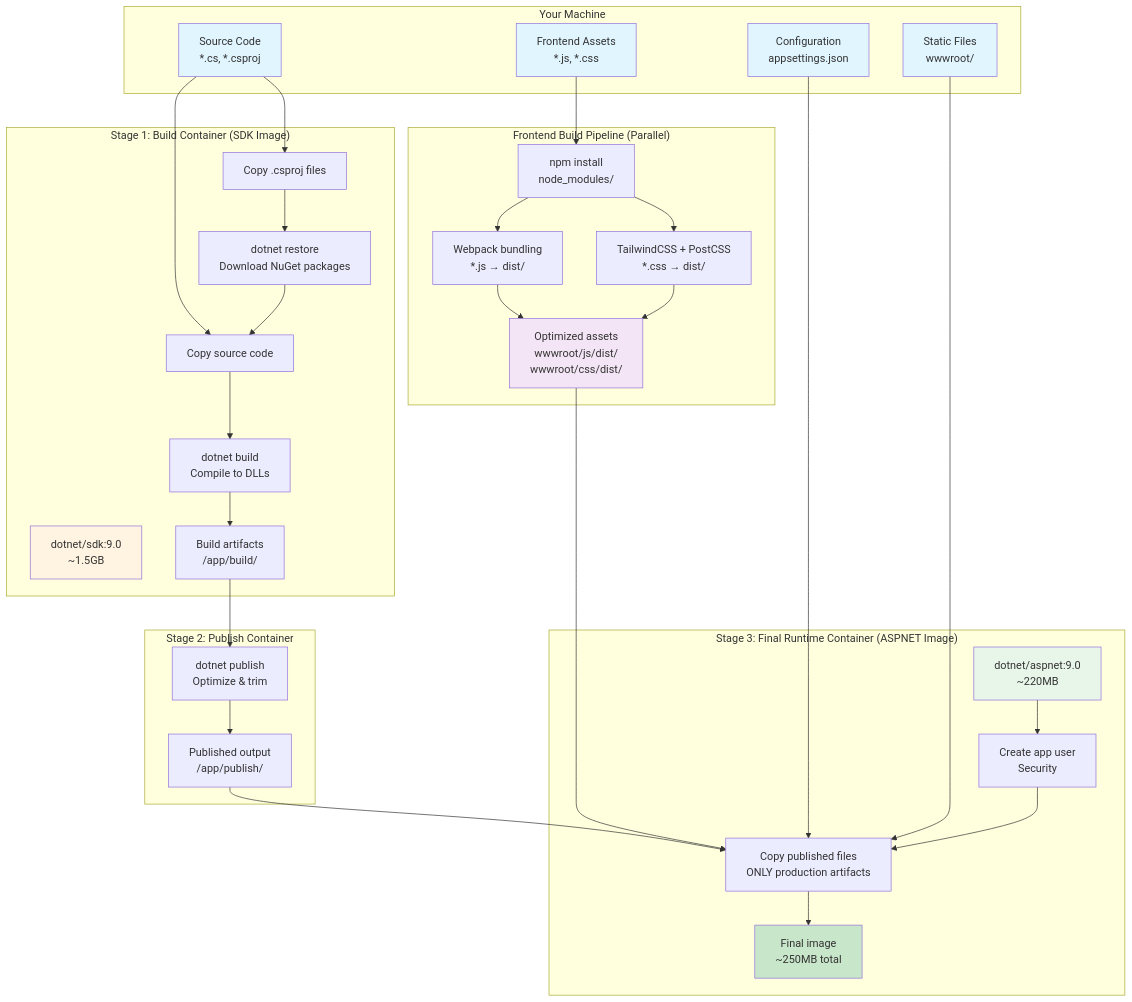
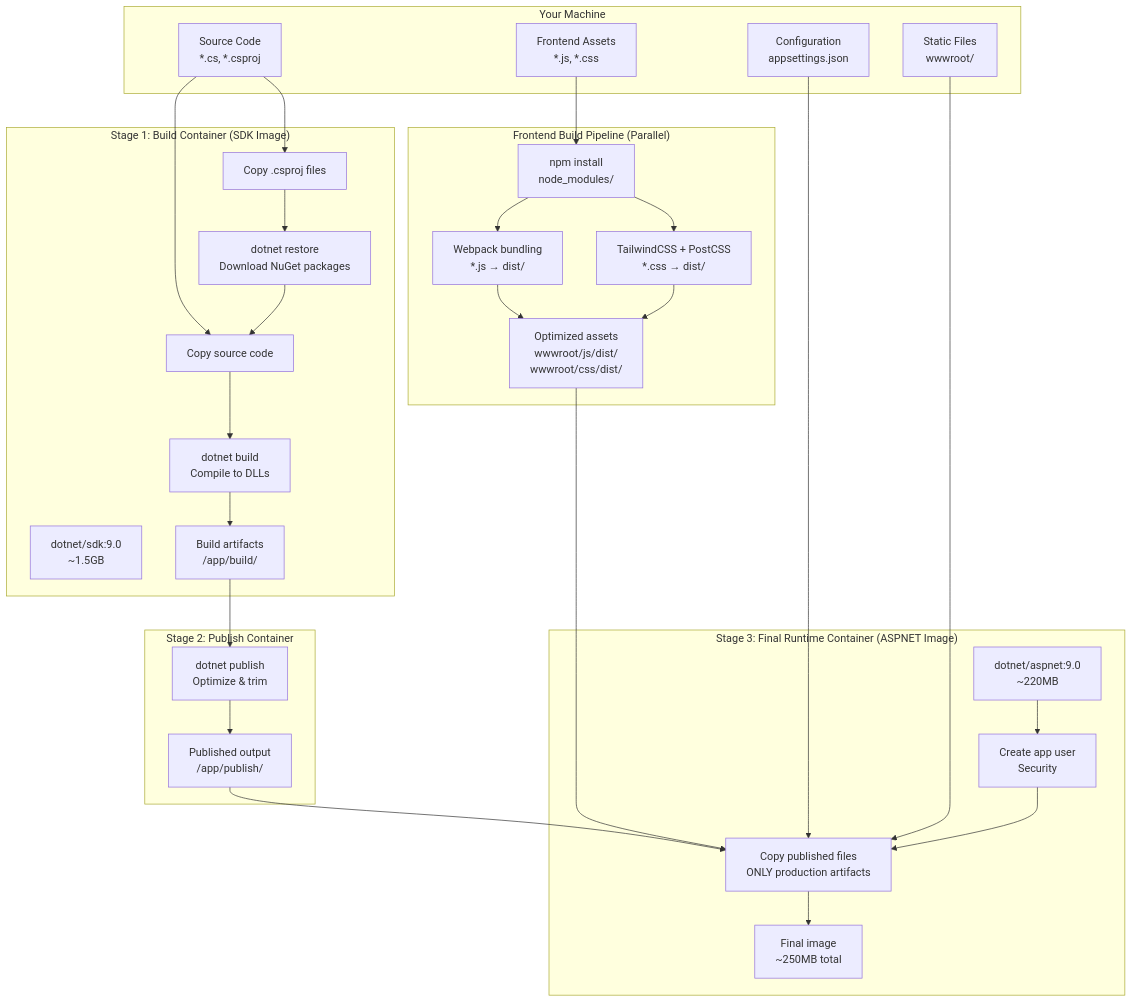
One commit to Shaddix/mostlylucidweb changed the diagram in Mostlylucid/Markdown/docker-development-deep-dive.md. Above: the diagram before and after it, drawn with Mermaid.

Commit message:
Remove Mermaid diagram styling to preserve theme compatibility

````diff
--- a/Mostlylucid/Markdown/docker-development-deep-dive.md
+++ b/Mostlylucid/Markdown/docker-development-deep-dive.md
@@ -193,75 +193,61 @@
 ```mermaid
 graph TB
     subgraph "Your Machine"
         A[Source Code<br/>*.cs, *.csproj]
         B[Frontend Assets<br/>*.js, *.css]
         C[Configuration<br/>appsettings.json]
         D[Static Files<br/>wwwroot/]
     end
 
     subgraph "Stage 1: Build Container (SDK Image)"
         E[dotnet/sdk:9.0<br/>~1.5GB]
         F[Copy .csproj files]
         G[dotnet restore<br/>Download NuGet packages]
         H[Copy source code]
         I[dotnet build<br/>Compile to DLLs]
         J[Build artifacts<br/>/app/build/]
     end
 
     subgraph "Stage 2: Publish Container"
         K[dotnet publish<br/>Optimize & trim]
         L[Published output<br/>/app/publish/]
     end
 
     subgraph "Stage 3: Final Runtime Container (ASPNET Image)"
         M[dotnet/aspnet:9.0<br/>~220MB]
         N[Create app user<br/>Security]
         O[Copy published files<br/>ONLY production artifacts]
         P[Final image<br/>~250MB total]
     end
 
     subgraph "Frontend Build Pipeline (Parallel)"
         Q[npm install<br/>node_modules/]
         R[Webpack bundling<br/>*.js → dist/]
         S[TailwindCSS + PostCSS<br/>*.css → dist/]
         T[Optimized assets<br/>wwwroot/js/dist/<br/>wwwroot/css/dist/]
     end
 
     A --> F
     A --> H
     F --> G
     G --> H
     H --> I
     I --> J
     J --> K
     K --> L
 
     B --> Q
     Q --> R
     Q --> S
     R --> T
     S --> T
 
     L --> O
     T --> O
     C --> O
     D --> O
 
     M --> N
     N --> O
     O --> P
-
-    style A fill:#e1f5ff
-    style B fill:#e1f5ff
-    style C fill:#e1f5ff
-    style D fill:#e1f5ff
-    style E fill:#fff4e1
-    style M fill:#e8f5e9
-    style P fill:#c8e6c9
-    style T fill:#f3e5f5
-
-    classDef source fill:#e1f5ff,stroke:#01579b,stroke-width:2px
-    classDef build fill:#fff4e1,stroke:#f57f17,stroke-width:2px
-    classDef runtime fill:#e8f5e9,stroke:#2e7d32,stroke-width:2px
-    classDef final fill:#c8e6c9,stroke:#1b5e20,stroke-width:3px
 ```
````
